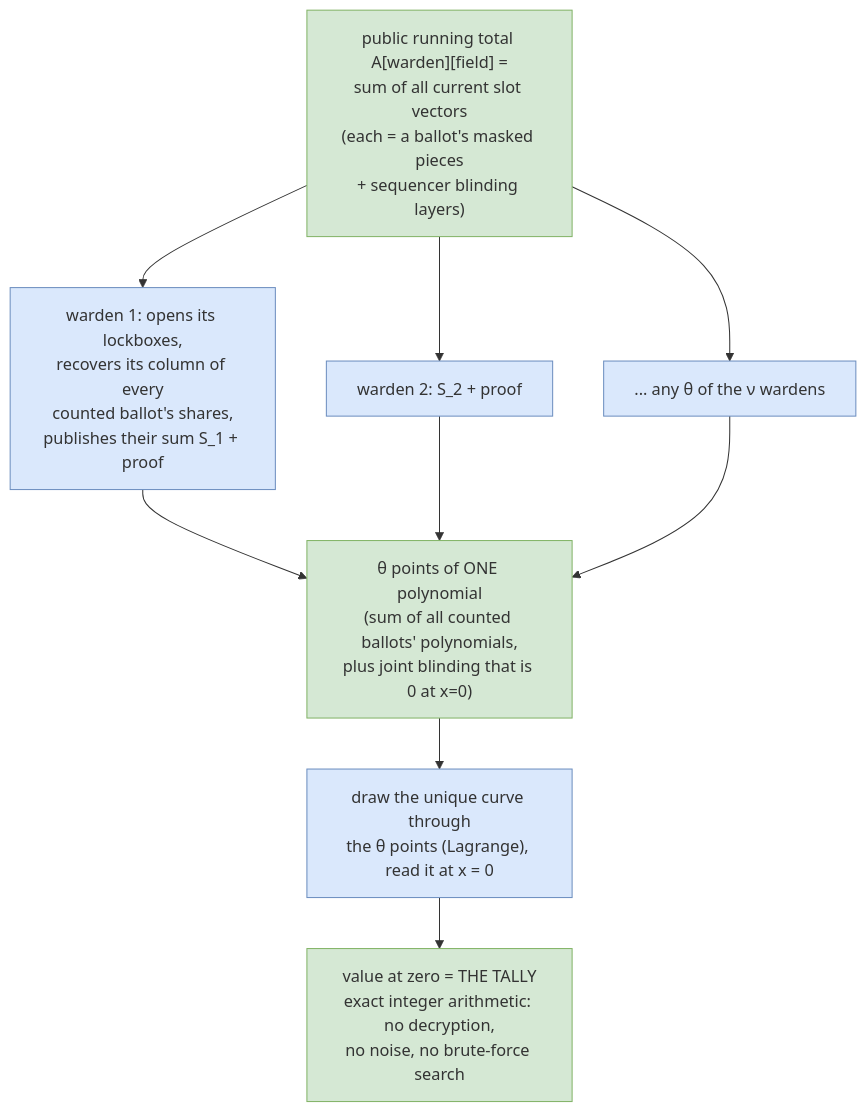
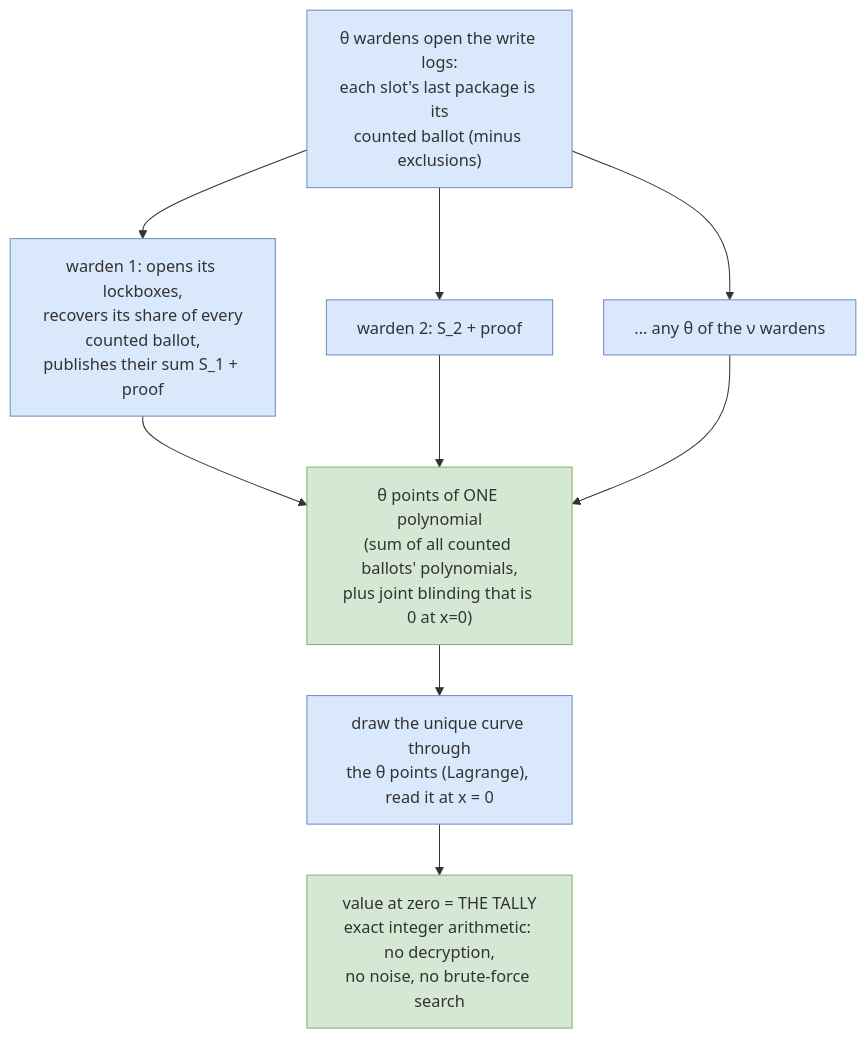
Before and after one commit to vocdoni/davinci-paper: the diagram in v3-pq/figures/src/tally-algebra.mmd, drawn with Mermaid. The commit also changed 30 other files, not shown here.

```diff
--- a/v3-pq/figures/src/tally-algebra.mmd
+++ b/v3-pq/figures/src/tally-algebra.mmd
@@ -1,12 +1,12 @@
 flowchart TD
   classDef pub fill:#d5e8d4,stroke:#82b366;
   classDef op fill:#dae8fc,stroke:#6c8ebf;
-  A["public running total A[warden][field] =<br/>sum of all current slot vectors<br/>(each = a ballot's masked pieces<br/>+ sequencer blinding layers)"]:::pub
-  A --> W1["warden 1: opens its lockboxes,<br/>recovers its column of every<br/>counted ballot's shares,<br/>publishes their sum S_1 + proof"]:::op
+  A["θ wardens open the write logs:<br/>each slot's last package is its<br/>counted ballot (minus exclusions)"]:::op
+  A --> W1["warden 1: opens its lockboxes,<br/>recovers its share of every<br/>counted ballot,<br/>publishes their sum S_1 + proof"]:::op
   A --> W2["warden 2: S_2 + proof"]:::op
   A --> W3["... any θ of the ν wardens"]:::op
   W1 --> P["θ points of ONE polynomial<br/>(sum of all counted ballots' polynomials,<br/>plus joint blinding that is 0 at x=0)"]:::pub
   W2 --> P
   W3 --> P
   P --> L["draw the unique curve through<br/>the θ points (Lagrange), read it at x = 0"]:::op
   L --> T["value at zero = THE TALLY<br/>exact integer arithmetic: no decryption,<br/>no noise, no brute-force search"]:::pub
```
